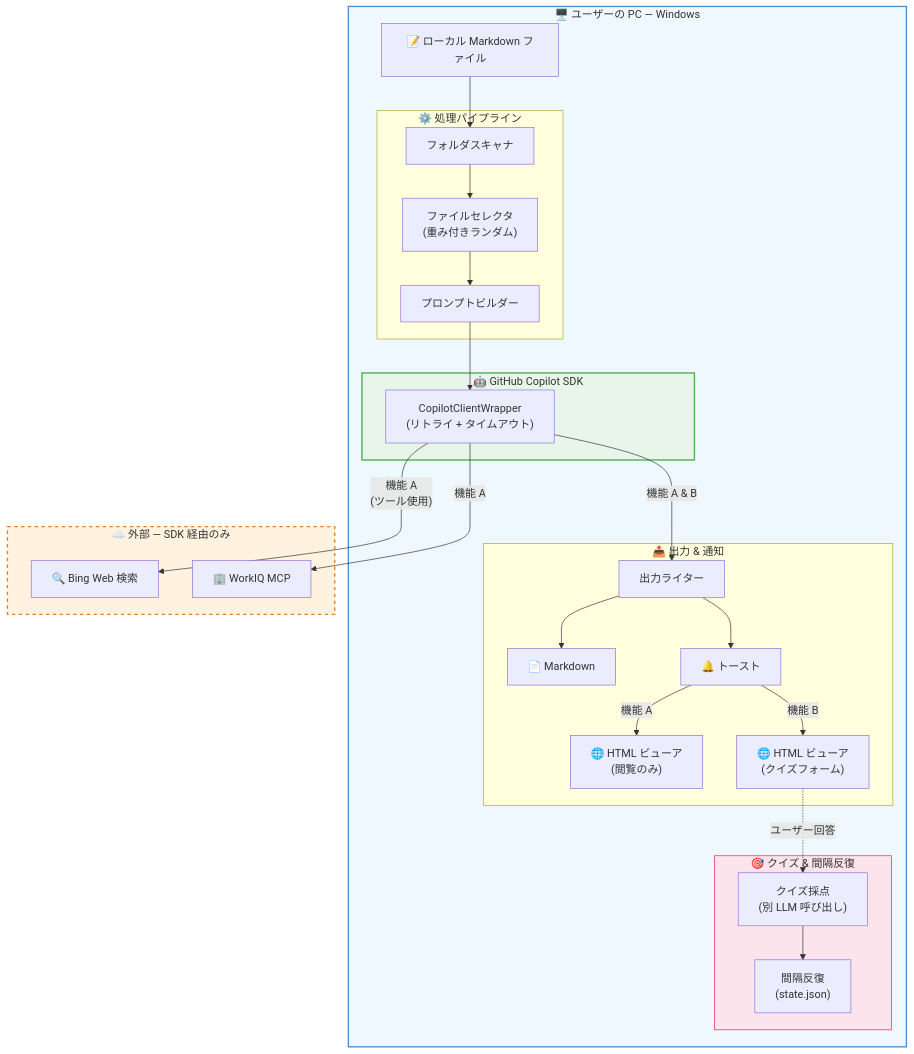
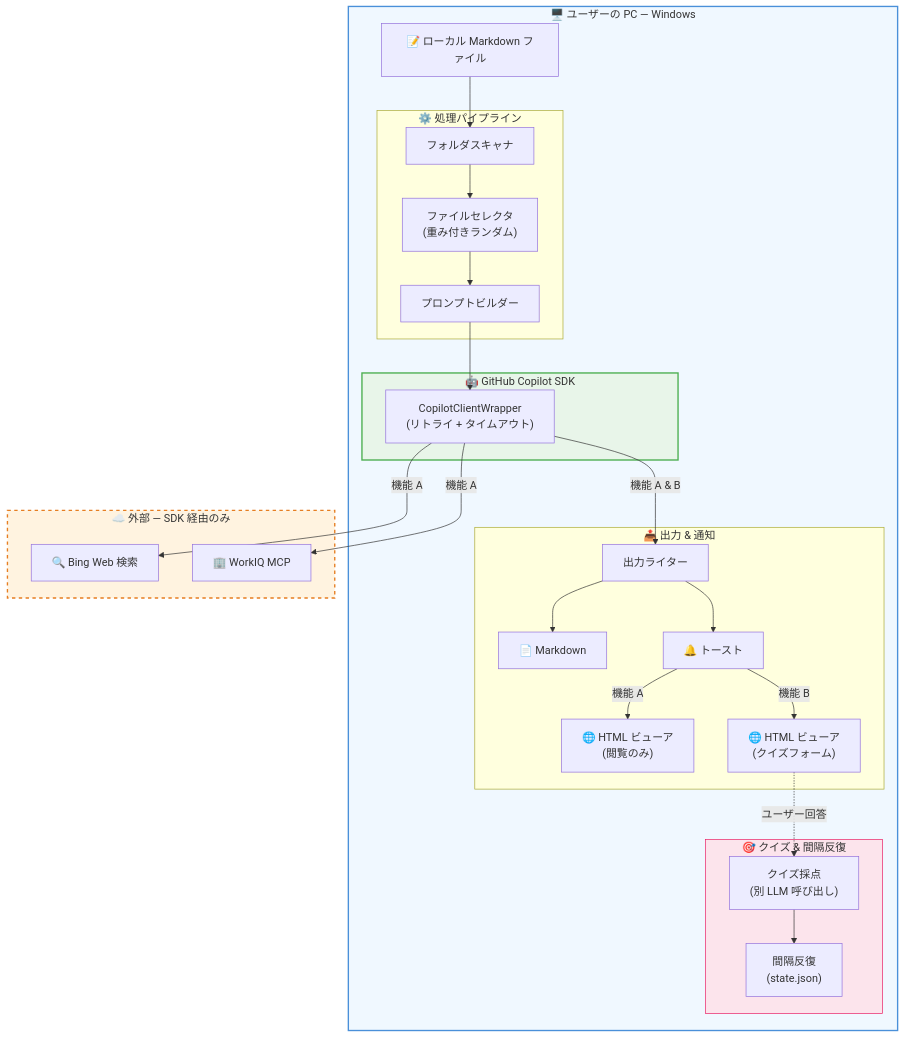
The second of 2 diagrams in README.md (shitada/ghcpsdknotify), drawn with Mermaid before and after one commit. The commit also changed other lines of this file, not shown here.

Commit message:
Unify Feature A labels in architecture diagrams

````diff
--- a/README.md
+++ b/README.md
@@ -270,52 +270,52 @@
 ```mermaid
 flowchart TB
     subgraph LOCAL_ENV ["🖥️ ユーザーの PC — Windows"]
         MD["📝 ローカル Markdown ファイル"]
 
         subgraph PIPELINE ["⚙️ 処理パイプライン"]
             FS["フォルダスキャナ"]
             SEL["ファイルセレクタ\n(重み付きランダム)"]
             PB["プロンプトビルダー"]
             FS --> SEL --> PB
         end
 
         subgraph SDK_LAYER ["🤖 GitHub Copilot SDK"]
             CLIENT["CopilotClientWrapper\n(リトライ + タイムアウト)"]
         end
 
         subgraph OUTPUT ["📤 出力 & 通知"]
             OW["出力ライター"]
             MDF["📄 Markdown"]
             TOAST["🔔 トースト"]
             VIEWER_A["🌐 HTML ビューア\n(閲覧のみ)"]
             VIEWER_B["🌐 HTML ビューア\n(クイズフォーム)"]
             OW --> MDF
             OW --> TOAST
             TOAST -- "機能 A" --> VIEWER_A
             TOAST -- "機能 B" --> VIEWER_B
         end
 
         subgraph QUIZ ["🎯 クイズ & 間隔反復"]
             SCORE["クイズ採点\n(別 LLM 呼び出し)"]
             SR["間隔反復\n(state.json)"]
             SCORE --> SR
         end
     end
 
     subgraph EXTERNAL ["☁️ 外部 — SDK 経由のみ"]
         BING["🔍 Bing Web 検索"]
         MCP["🏢 WorkIQ MCP"]
     end
 
     MD --> FS
     PB --> CLIENT
-    CLIENT -- "機能 A\n(ツール使用)" --> BING
+    CLIENT -- "機能 A" --> BING
     CLIENT -- "機能 A" --> MCP
     CLIENT -- "機能 A & B" --> OW
     VIEWER_B -. "ユーザー回答" .-> SCORE
 
     style LOCAL_ENV fill:#f0f8ff,stroke:#4a90d9,stroke-width:2px
     style EXTERNAL fill:#fff3e0,stroke:#e67e22,stroke-width:2px,stroke-dasharray:5
     style SDK_LAYER fill:#e8f5e9,stroke:#4caf50,stroke-width:2px
     style QUIZ fill:#fce4ec,stroke:#e91e63,stroke-width:1px
 ```
````
